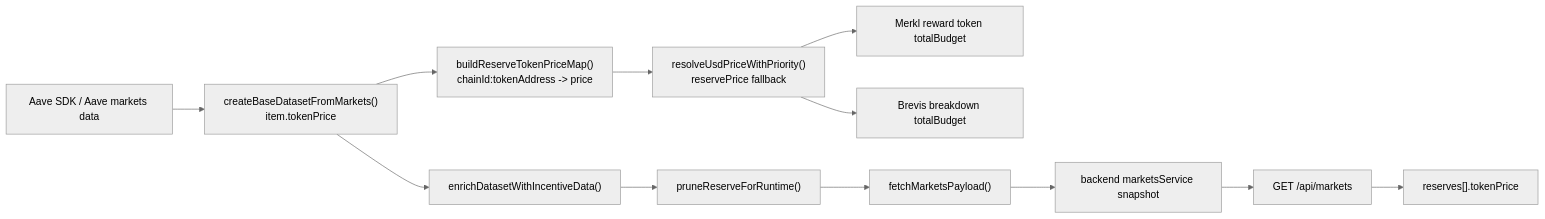
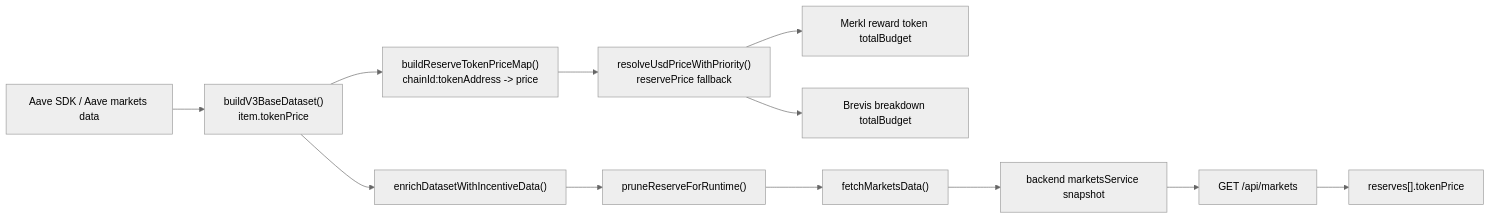
One commit to 0xPabloLI/aave-protocol-analysis changed the diagram in docs/api/api-documentation.md. Above: the diagram before and after it, drawn with Mermaid (neutral theme). The commit also changed other lines of this file and 6 other files, not shown here.

````diff
--- a/docs/api/api-documentation.md
+++ b/docs/api/api-documentation.md
@@ -206,14 +206,14 @@
 ```mermaid
 flowchart LR
-  A["Aave SDK / Aave markets data"] --> B["createBaseDatasetFromMarkets()\nitem.tokenPrice"]
+  A["Aave SDK / Aave markets data"] --> B["buildV3BaseDataset()\nitem.tokenPrice"]
   B --> C["buildReserveTokenPriceMap()\nchainId:tokenAddress -> price"]
   C --> D["resolveUsdPriceWithPriority()\nreservePrice fallback"]
   D --> E["Merkl reward token totalBudget"]
   D --> F["Brevis breakdown totalBudget"]
   B --> G["enrichDatasetWithIncentiveData()"]
   G --> H["pruneReserveForRuntime()"]
-  H --> I["fetchMarketsPayload()"]
+  H --> I["fetchMarketsData()"]
   I --> J["backend marketsService snapshot"]
   J --> K["GET /api/markets"]
   K --> L["reserves[].tokenPrice"]
 ```
````
